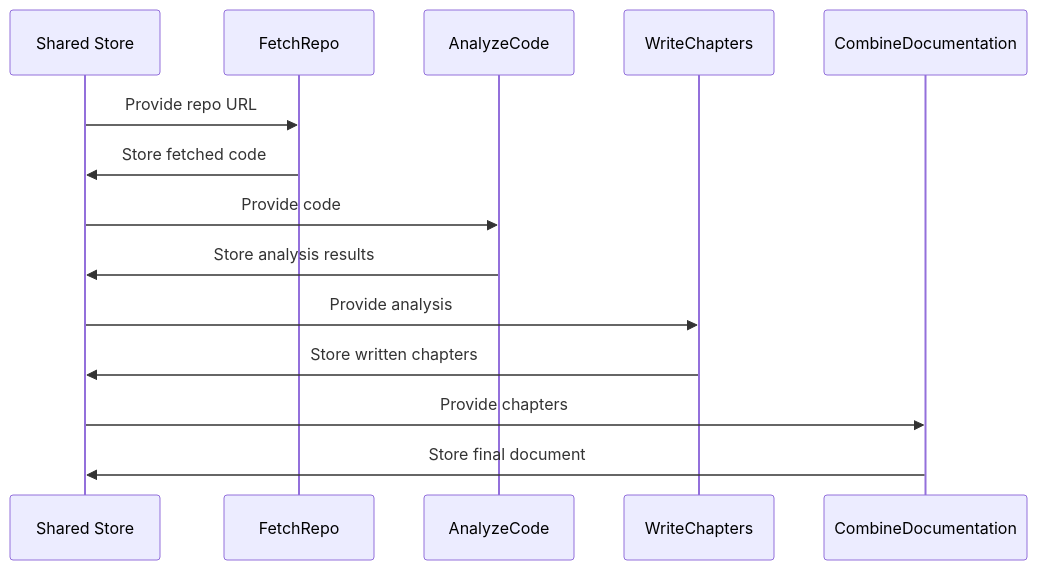
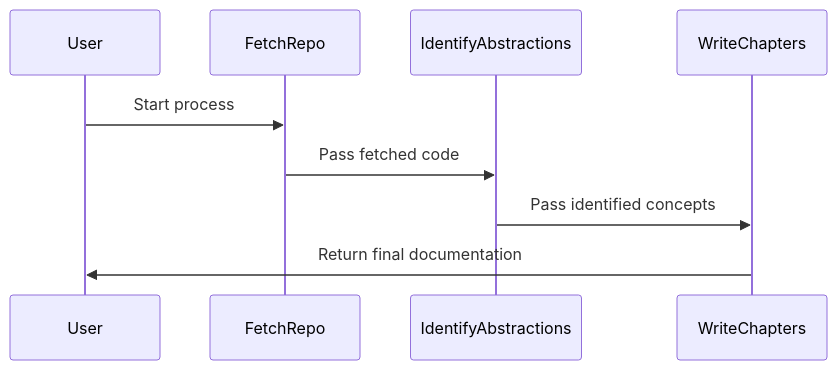
Before and after one commit to dygavieta/NewRepo: the fifth of 9 diagrams in README.md, drawn with Mermaid. The commit also changed other lines of this file, not shown here.

````diff
--- a/README.md
+++ b/README.md
@@ -406,17 +416,12 @@
 ```mermaid
 sequenceDiagram
-    participant SS as Shared Store
+    participant User
     participant FR as FetchRepo
-    participant AC as AnalyzeCode
+    participant IA as IdentifyAbstractions
     participant WC as WriteChapters
-    participant CD as CombineDocumentation
 
-    SS->>FR: Provide repo URL
-    FR->>SS: Store fetched code
-    SS->>AC: Provide code
-    AC->>SS: Store analysis results
-    SS->>WC: Provide analysis
-    WC->>SS: Store written chapters
-    SS->>CD: Provide chapters
-    CD->>SS: Store final document
+    User->>FR: Start process
+    FR->>IA: Pass fetched code
+    IA->>WC: Pass identified concepts
+    WC->>User: Return final documentation
 ```
````
